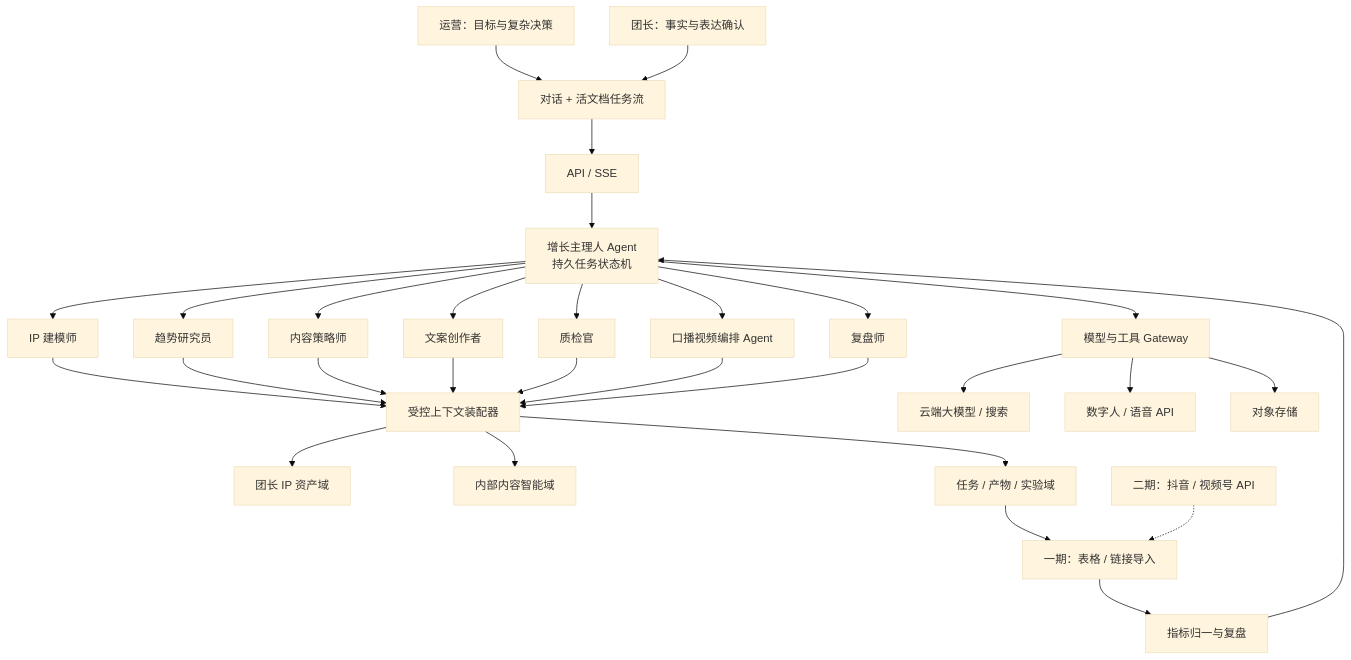
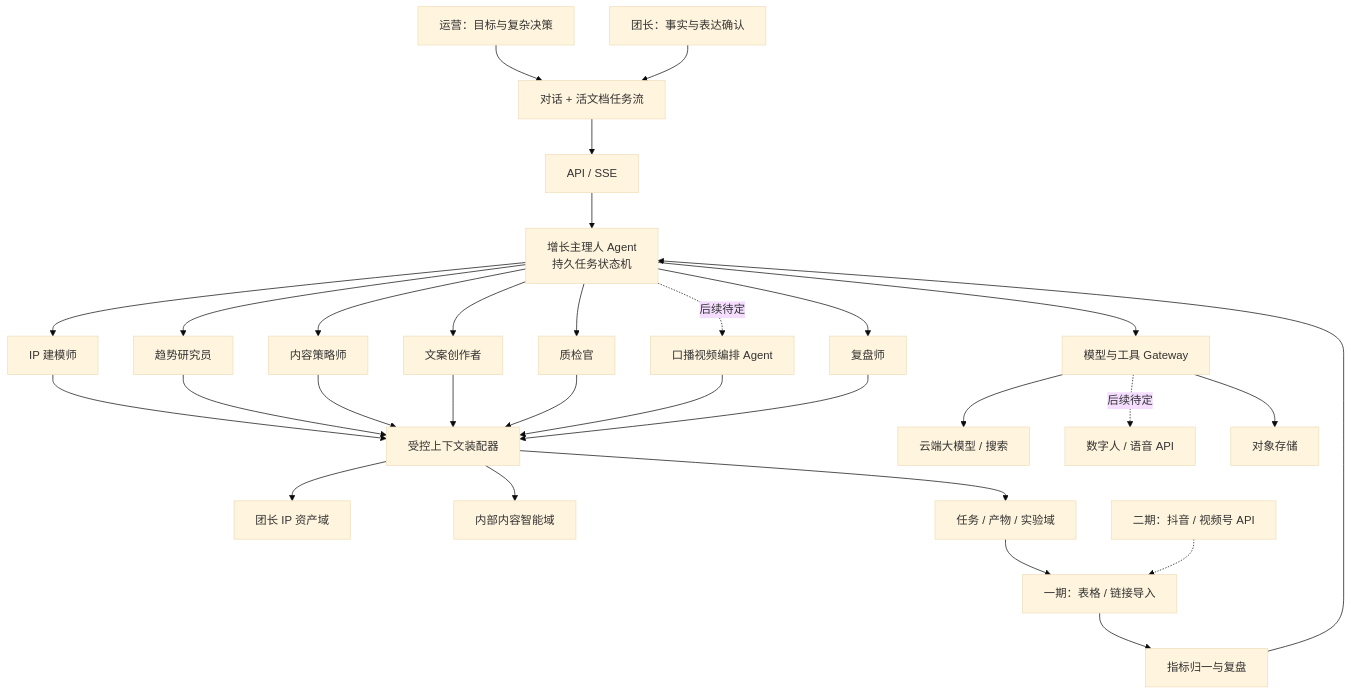
The first of 2 diagrams in docs/superpowers/specs/2026-08-15-group-leader-content-growth-agent-design.md (iSamlzh/short-video-llm), drawn with Mermaid (base theme) before and after one commit. The commit also changed other lines of this file, not shown here.

````diff
--- a/docs/superpowers/specs/2026-08-15-group-leader-content-growth-agent-design.md
+++ b/docs/superpowers/specs/2026-08-15-group-leader-content-growth-agent-design.md
@@ -119,26 +127,26 @@
 ```mermaid
 flowchart TB
     U1["运营：目标与复杂决策"] --> UI["对话 + 活文档任务流"]
     U2["团长：事实与表达确认"] --> UI
     UI --> API["API / SSE"]
     API --> ORCH["增长主理人 Agent\n持久任务状态机"]
     ORCH --> A1["IP 建模师"]
     ORCH --> A2["趋势研究员"]
     ORCH --> A3["内容策略师"]
     ORCH --> A4["文案创作者"]
     ORCH --> A5["质检官"]
-    ORCH --> A6["口播视频编排 Agent"]
+    ORCH -. 后续待定 .-> A6["口播视频编排 Agent"]
     ORCH --> A7["复盘师"]
     A1 & A2 & A3 & A4 & A5 & A6 & A7 --> CTX["受控上下文装配器"]
     CTX --> IP["团长 IP 资产域"]
     CTX --> INTEL["内部内容智能域"]
     CTX --> RUN["任务 / 产物 / 实验域"]
     ORCH --> TOOLS["模型与工具 Gateway"]
     TOOLS --> LLM["云端大模型 / 搜索"]
-    TOOLS --> AVATAR["数字人 / 语音 API"]
+    TOOLS -. 后续待定 .-> AVATAR["数字人 / 语音 API"]
     TOOLS --> STORAGE["对象存储"]
     RUN --> IMPORT["一期：表格 / 链接导入"]
     IMPORT --> REVIEW["指标归一与复盘"]
     REVIEW --> ORCH
     P2["二期：抖音 / 视频号 API"] -.-> IMPORT
 ```
````
